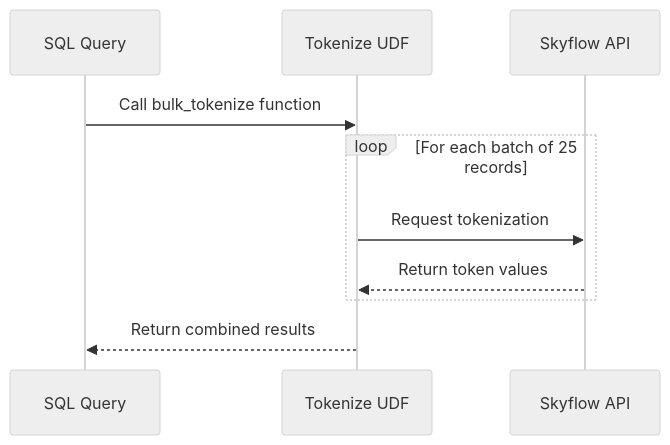
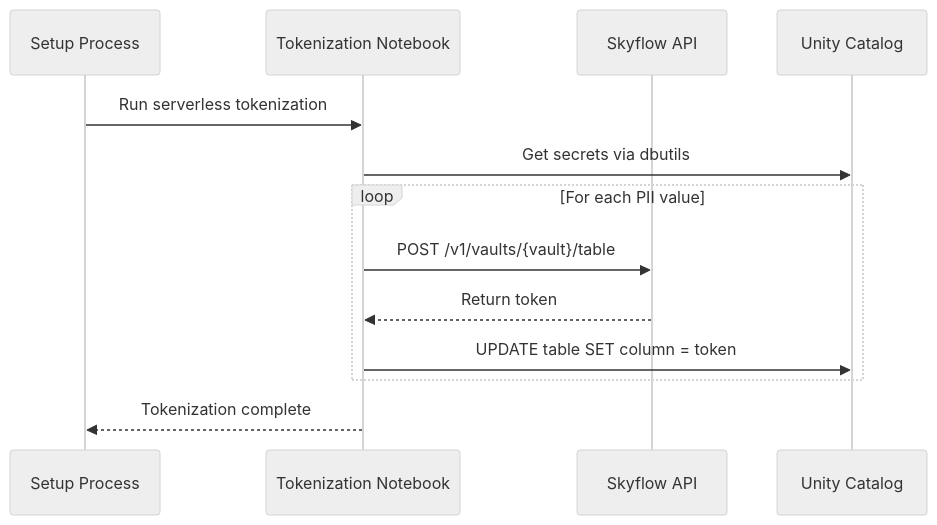
The first of 2 diagrams in README.md (SkyflowFoundry/Databricks), drawn with Mermaid (neutral theme) before and after one commit. The commit also changed other lines of this file and 21 other files, not shown here.

First line of the commit message:
Restructure project with SQL organization and Unity Catalog integration

````diff
--- a/README.md
+++ b/README.md
@@ -58,15 +111,18 @@
 ```mermaid
 sequenceDiagram
-    participant SQL as SQL Query
-    participant UDF as Tokenize UDF
+    participant Setup as Setup Process
+    participant Notebook as Tokenization Notebook
     participant SF as Skyflow API
-
-    SQL->>UDF: Call bulk_tokenize function
+    participant UC as Unity Catalog
     
-    loop For each batch of 25 records
-        UDF->>SF: Request tokenization
-        SF-->>UDF: Return token values
+    Setup->>Notebook: Run serverless tokenization
+    Notebook->>UC: Get secrets via dbutils
+    
+    loop For each PII value
+        Notebook->>SF: POST /v1/vaults/{vault}/table
+        SF-->>Notebook: Return token
+        Notebook->>UC: UPDATE table SET column = token
     end
     
-    UDF-->>SQL: Return combined results
+    Notebook-->>Setup: Tokenization complete
 ```
````
